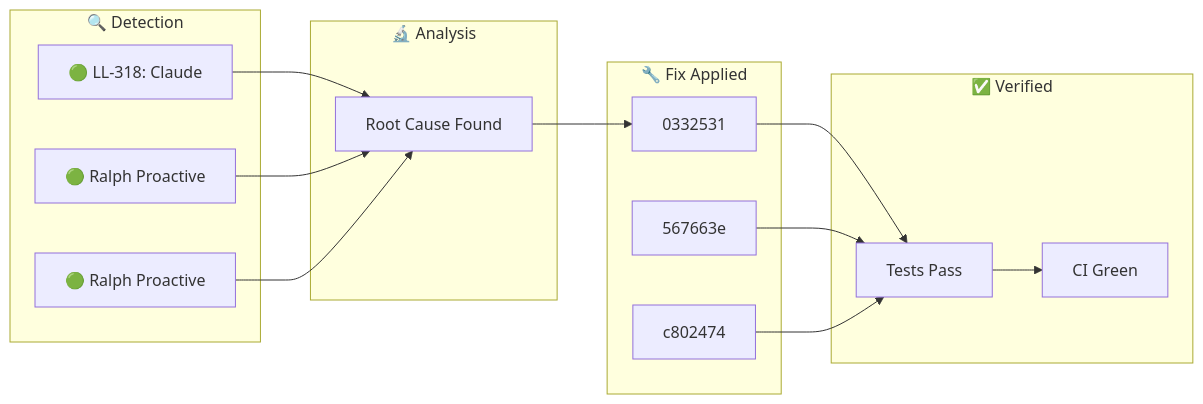
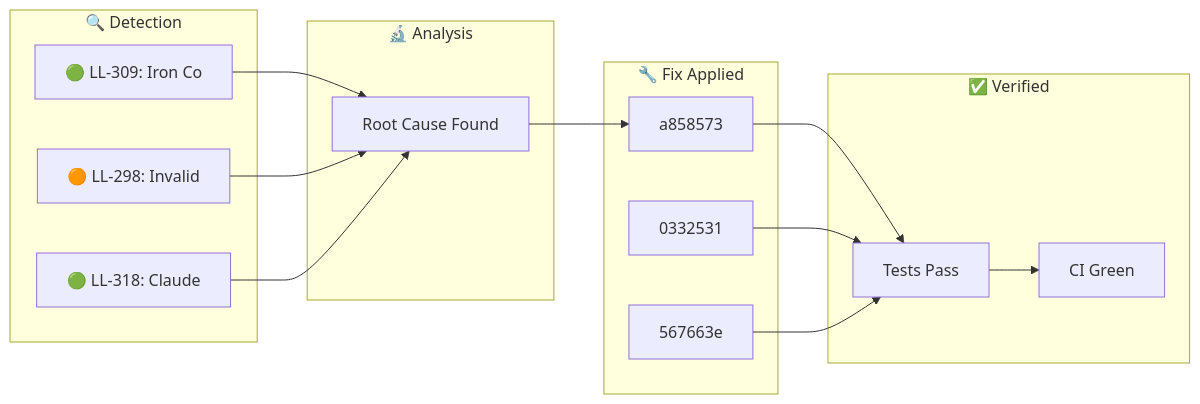
The diagram in docs/_posts/2026-01-31-ralph-discovery.md (YoByron/trading), drawn with Mermaid before and after one commit. The commit also changed other lines of this file, not shown here.

Commit message:
docs(ralph): Auto-publish discovery blog post

````diff
--- a/docs/_posts/2026-01-31-ralph-discovery.md
+++ b/docs/_posts/2026-01-31-ralph-discovery.md
@@ -17,28 +17,28 @@
 ```mermaid
 flowchart LR
     subgraph Detection["🔍 Detection"]
-        D1["🟢 LL-318: Claude "]
-        D2["🟢 Ralph Proactive"]
-        D3["🟢 Ralph Proactive"]
+        D1["🟢 LL-309: Iron Co"]
+        D2["🟠 LL-298: Invalid"]
+        D3["🟢 LL-318: Claude "]
     end
     subgraph Analysis["🔬 Analysis"]
         A1["Root Cause Found"]
     end
     subgraph Fix["🔧 Fix Applied"]
-        F1["0332531"]
-        F2["567663e"]
-        F3["c802474"]
+        F1["a858573"]
+        F2["0332531"]
+        F3["567663e"]
     end
     subgraph Verify["✅ Verified"]
         V1["Tests Pass"]
         V2["CI Green"]
     end
     D1 --> A1
     D2 --> A1
     D3 --> A1
     A1 --> F1
     F1 --> V1
     F2 --> V1
     F3 --> V1
     V1 --> V2
 ```
````
